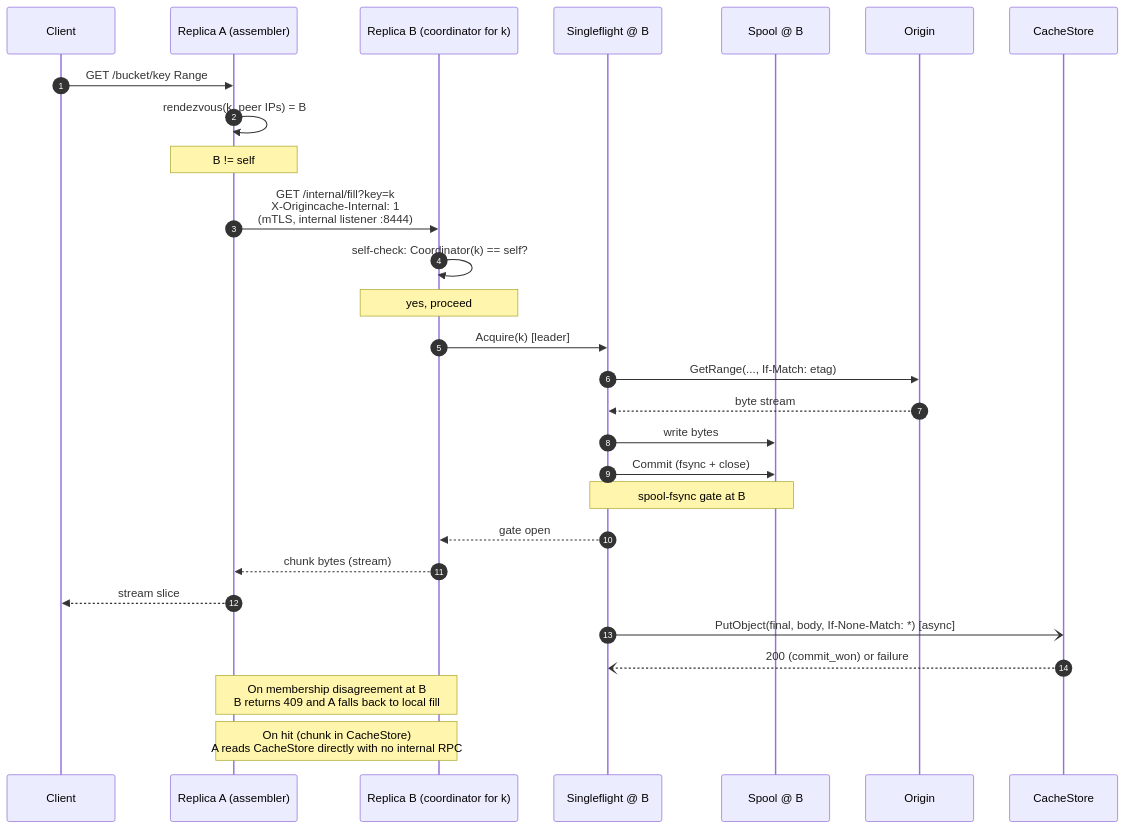
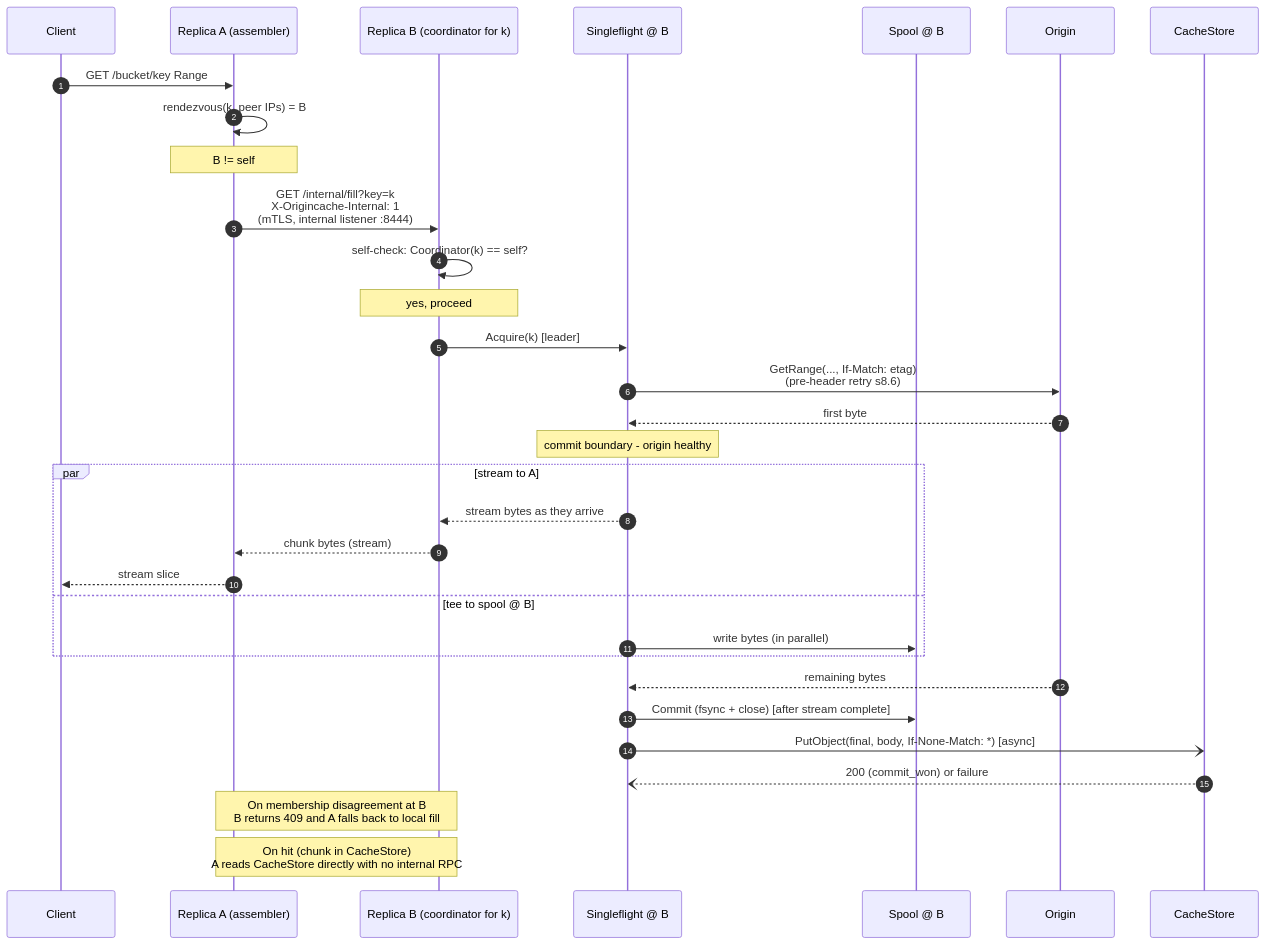
One commit to Azure/unbounded changed the sixth of 13 diagrams in designdocs/origincache/design.md. Above: the diagram before and after it, drawn with Mermaid. The commit also changed other lines of this file and 2 other files, not shown here.

````diff
--- a/designdocs/origincache/design.md
+++ b/designdocs/origincache/design.md
@@ -1124,30 +1162,34 @@
 ```mermaid
 sequenceDiagram
     autonumber
     participant C as Client
     participant A as Replica A (assembler)
     participant B as Replica B (coordinator for k)
     participant SF as Singleflight @ B
     participant Sp as Spool @ B
     participant O as Origin
     participant CS as CacheStore
     C->>A: GET /bucket/key Range
     A->>A: rendezvous(k, peer IPs) = B
     Note over A: B != self
     A->>B: GET /internal/fill?key=k<br/>X-Origincache-Internal: 1<br/>(mTLS, internal listener :8444)
     B->>B: self-check: Coordinator(k) == self?
     Note over B: yes, proceed
     B->>SF: Acquire(k) [leader]
-    SF->>O: GetRange(..., If-Match: etag)
-    O-->>SF: byte stream
-    SF->>Sp: write bytes
-    SF->>Sp: Commit (fsync + close)
-    Note over SF,Sp: spool-fsync gate at B
-    SF-->>B: gate open
-    B-->>A: chunk bytes (stream)
-    A-->>C: stream slice
+    SF->>O: GetRange(..., If-Match: etag)<br/>(pre-header retry s8.6)
+    O-->>SF: first byte
+    Note over SF: commit boundary - origin healthy
+    par stream to A
+        SF-->>B: stream bytes as they arrive
+        B-->>A: chunk bytes (stream)
+        A-->>C: stream slice
+    and tee to spool @ B
+        SF->>Sp: write bytes (in parallel)
+    end
+    O-->>SF: remaining bytes
+    SF->>Sp: Commit (fsync + close) [after stream complete]
     SF-)CS: PutObject(final, body, If-None-Match: *) [async]
     CS--)SF: 200 (commit_won) or failure
     Note over A,B: On membership disagreement at B<br/>B returns 409 and A falls back to local fill
     Note over A,B: On hit (chunk in CacheStore)<br/>A reads CacheStore directly with no internal RPC
 ```
````
